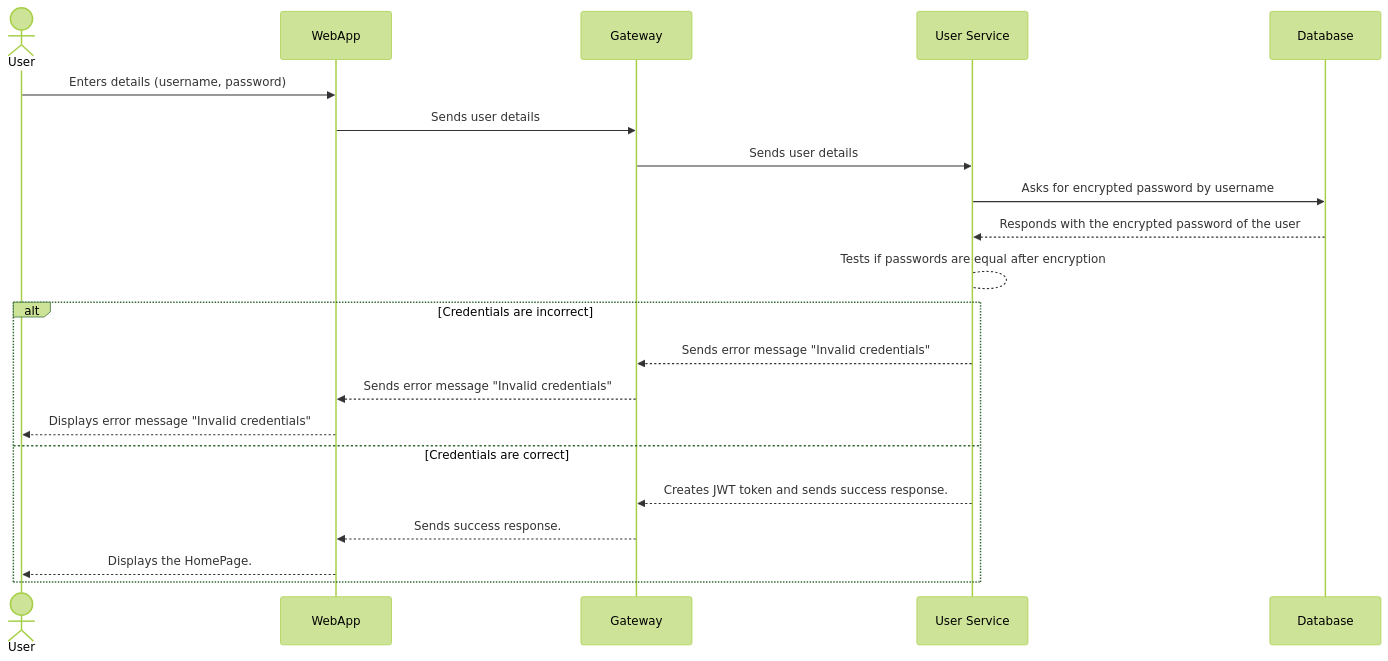
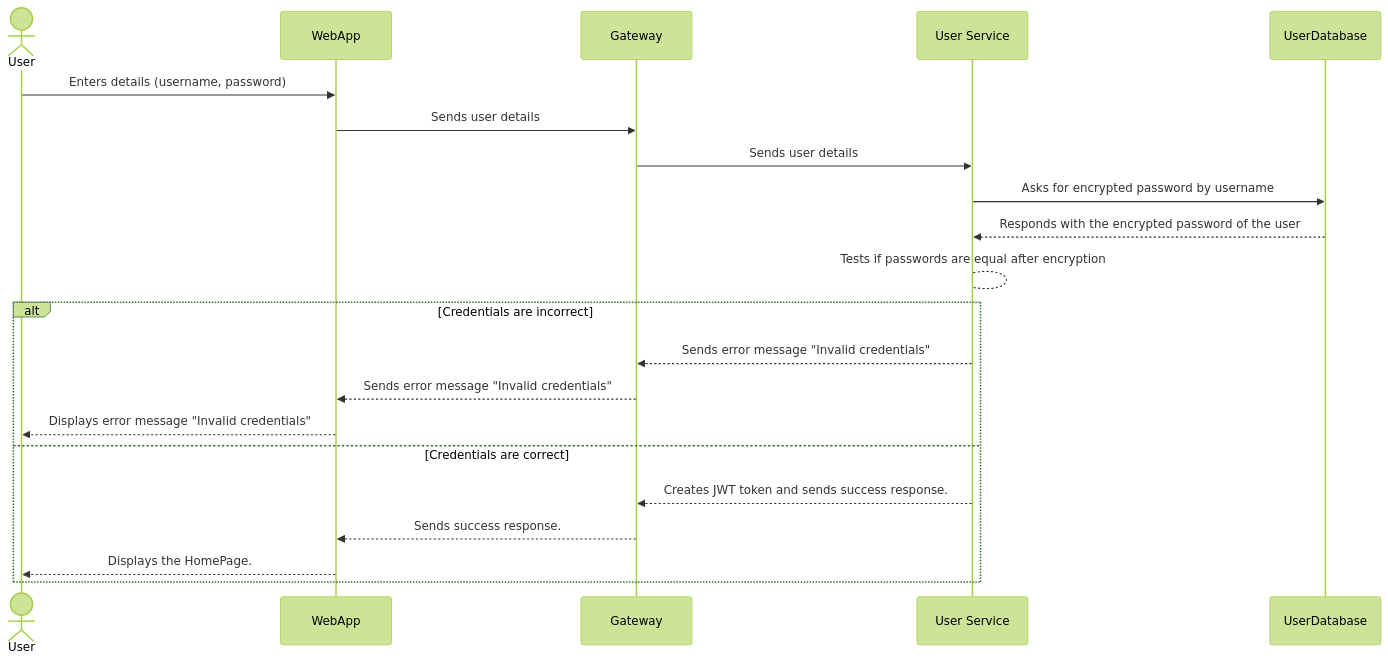
The first of 6 diagrams in docs/src/06_runtime_view.adoc (Arquisoft/wiq_en3b), drawn with Mermaid (forest theme) before and after one commit. The commit also changed other lines of this file and 2 other files, not shown here.

Commit message:
Changes into ER model to avoid confusion and name consistency

```diff
--- a/docs/src/06_runtime_view.adoc
+++ b/docs/src/06_runtime_view.adoc
@@ -55,21 +55,21 @@
 [mermaid]
 ....
 sequenceDiagram
     actor User as User
     
     User->>WebApp: Enters details (username, password)
     WebApp->>Gateway: Sends user details
     Gateway->>User Service: Sends user details
-    User Service->>Database: Asks for encrypted password by username
-    Database-->>User Service: Responds with the encrypted password of the user
+    User Service->>UserDatabase: Asks for encrypted password by username
+    UserDatabase-->>User Service: Responds with the encrypted password of the user
     User Service-->User Service: Tests if passwords are equal after encryption
     alt Credentials are incorrect
         User Service-->>Gateway: Sends error message "Invalid credentials"
         Gateway-->>WebApp: Sends error message "Invalid credentials"
         WebApp-->>User: Displays error message "Invalid  credentials"
     else Credentials are correct
         User Service-->>Gateway: Creates JWT token and sends success response.
         Gateway-->>WebApp: Sends success response.
         WebApp-->>User: Displays the HomePage.
     end
 ....
```
